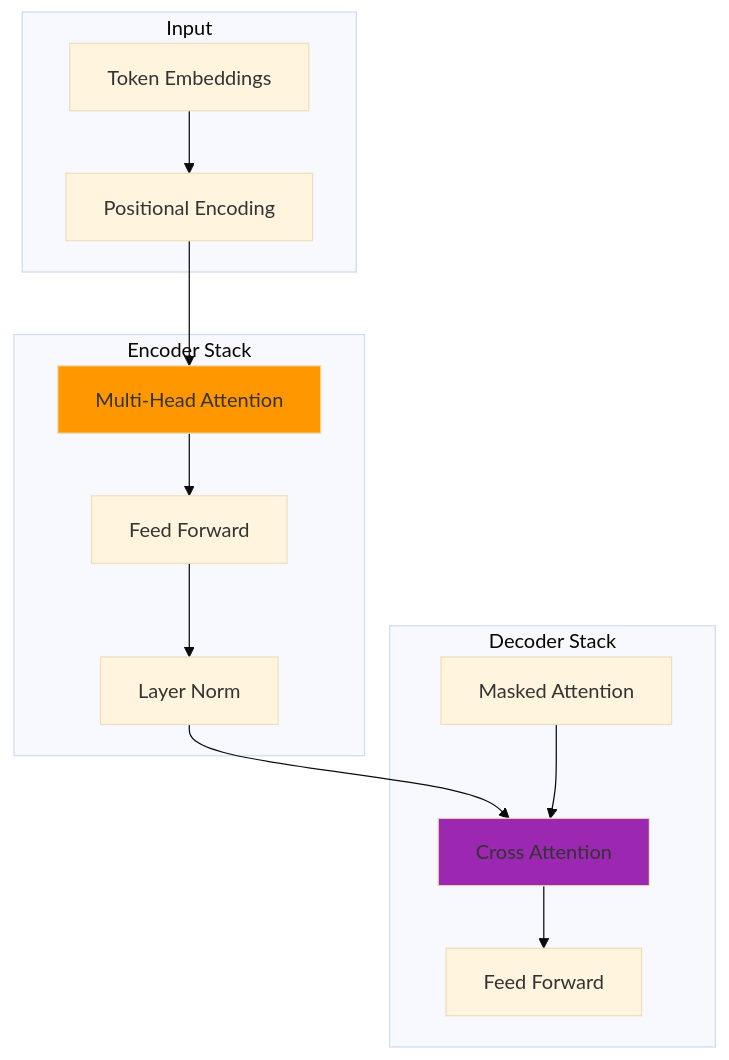
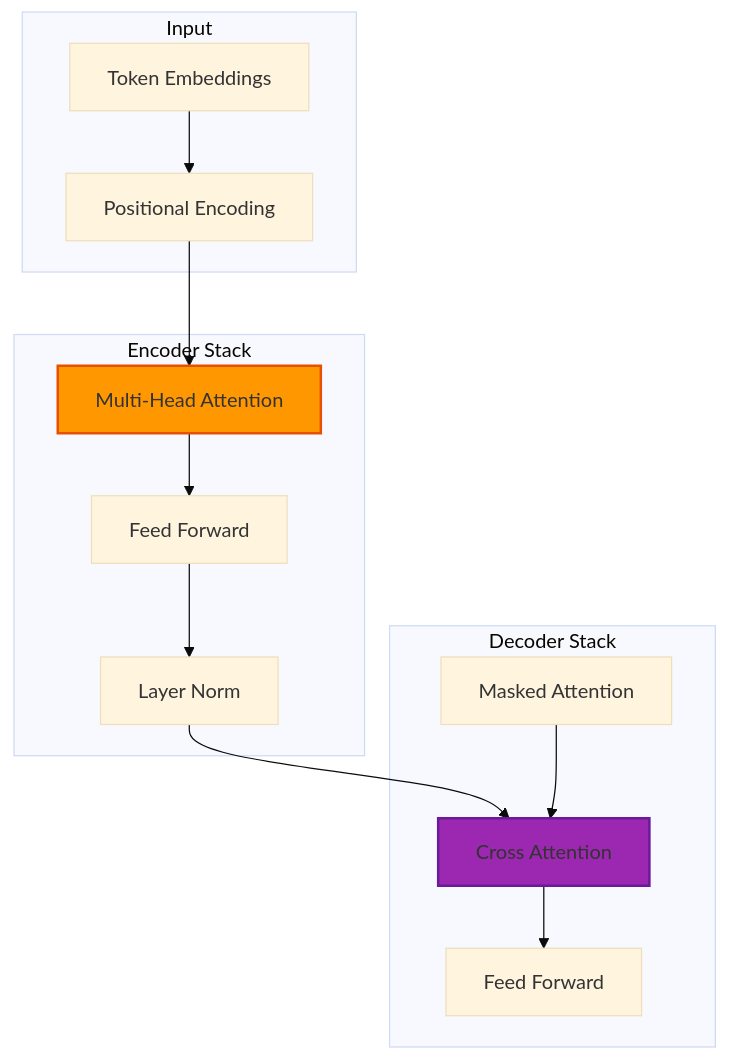
One commit to williamzujkowski/williamzujkowski.github.io changed the diagram in src/posts/2024-03-20-transformer-architecture-deep-dive.md. Above: the diagram before and after it, drawn with Mermaid (base theme). The commit also changed other lines of this file and 8 other files, not shown here.

````diff
--- a/src/posts/2024-03-20-transformer-architecture-deep-dive.md
+++ b/src/posts/2024-03-20-transformer-architecture-deep-dive.md
@@ -30,28 +30,30 @@
 ```mermaid
-graph TD
+flowchart TD
     subgraph input["Input"]
         Tokens[Token Embeddings]
         Pos[Positional Encoding]
     end
     subgraph encoderstack["Encoder Stack"]
         MHA1[Multi-Head Attention]
         FFN1[Feed Forward]
         Norm1[Layer Norm]
     end
     subgraph decoderstack["Decoder Stack"]
         MHA2[Masked Attention]
         Cross[Cross Attention]
         FFN2[Feed Forward]
     end
-    
+
     Tokens --> Pos
     Pos --> MHA1
     MHA1 --> FFN1
     FFN1 --> Norm1
     Norm1 --> Cross
     MHA2 --> Cross
     Cross --> FFN2
-    
-    style MHA1 fill:#ff9800
-    style Cross fill:#9c27b0
+
+    classDef orange fill:#ff9800,stroke:#e65100,stroke-width:2px
+    classDef purple fill:#9c27b0,stroke:#6a1b9a,stroke-width:2px
+    class MHA1 orange
+    class Cross purple
 ```
````
